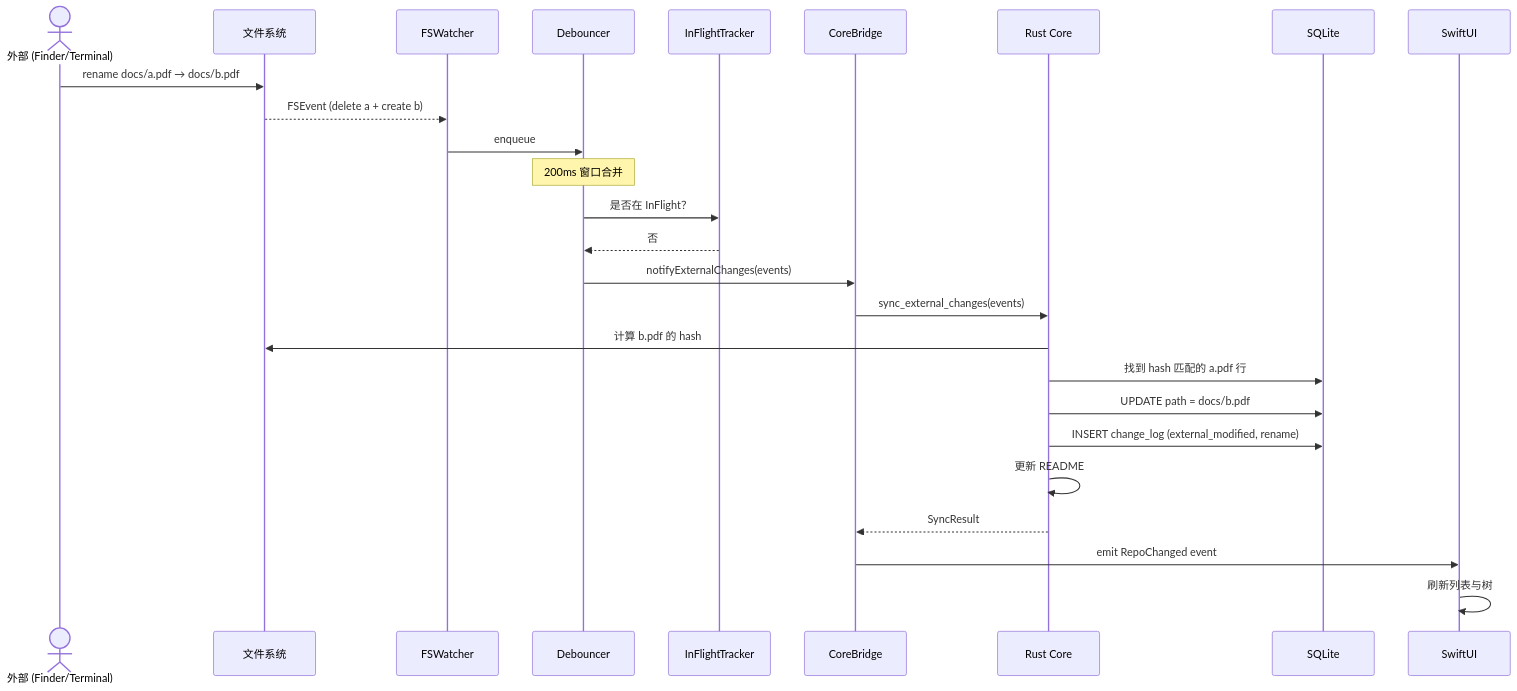
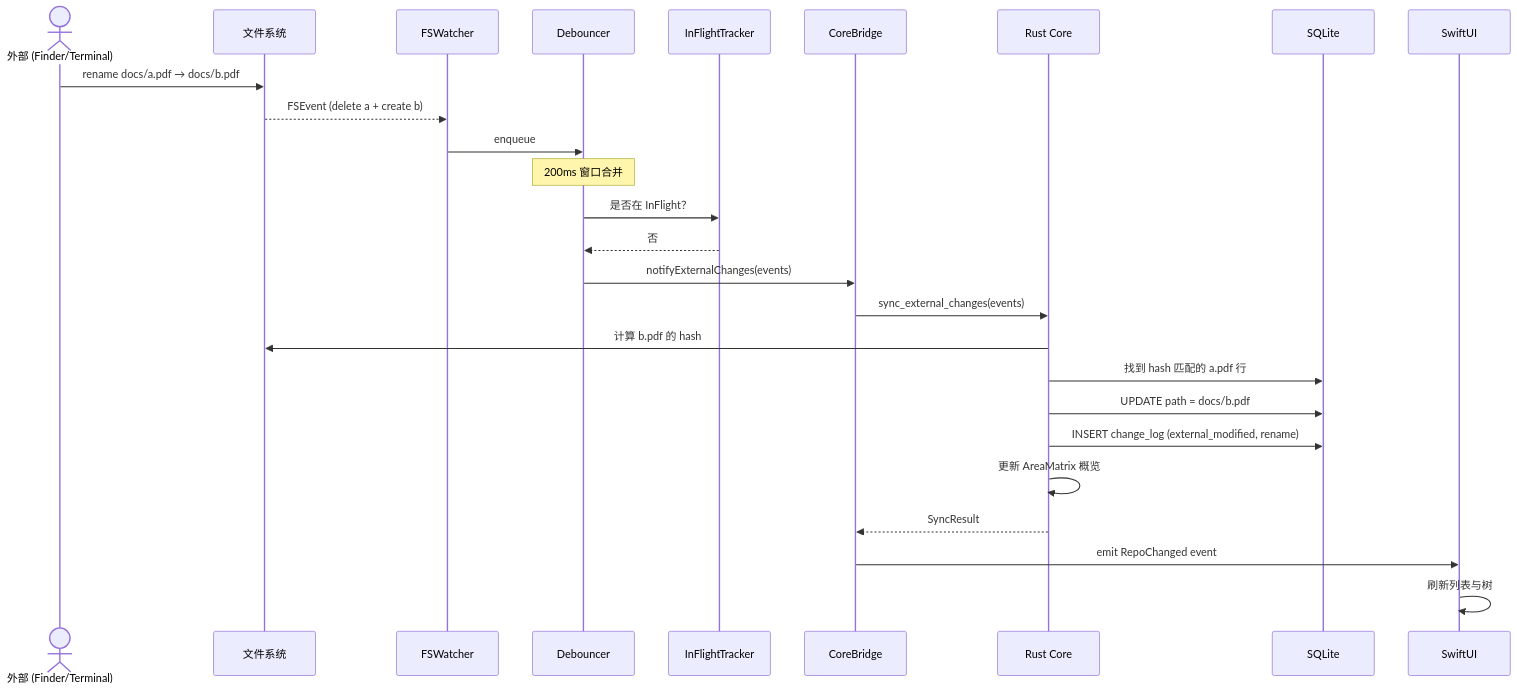
The third of 3 diagrams in docs/architecture/overview.md (AreaSong/AreaMatrix), drawn with Mermaid before and after one commit. The commit also changed other lines of this file and 38 other files, not shown here.

````diff
--- a/docs/architecture/overview.md
+++ b/docs/architecture/overview.md
@@ -138,29 +138,29 @@
 ```mermaid
 sequenceDiagram
     actor External as 外部 (Finder/Terminal)
     participant FS as 文件系统
     participant Watcher as FSWatcher
     participant Debouncer as Debouncer
     participant Tracker as InFlightTracker
     participant Bridge as CoreBridge
     participant Core as Rust Core
     participant DB as SQLite
     participant UI as SwiftUI
 
     External->>FS: rename docs/a.pdf → docs/b.pdf
     FS-->>Watcher: FSEvent (delete a + create b)
     Watcher->>Debouncer: enqueue
     Note over Debouncer: 200ms 窗口合并
     Debouncer->>Tracker: 是否在 InFlight？
     Tracker-->>Debouncer: 否
     Debouncer->>Bridge: notifyExternalChanges(events)
     Bridge->>Core: sync_external_changes(events)
     Core->>FS: 计算 b.pdf 的 hash
     Core->>DB: 找到 hash 匹配的 a.pdf 行
     Core->>DB: UPDATE path = docs/b.pdf
     Core->>DB: INSERT change_log (external_modified, rename)
-    Core->>Core: 更新 README
+    Core->>Core: 更新 AreaMatrix 概览
     Core-->>Bridge: SyncResult
     Bridge->>UI: emit RepoChanged event
     UI->>UI: 刷新列表与树
 ```
````
